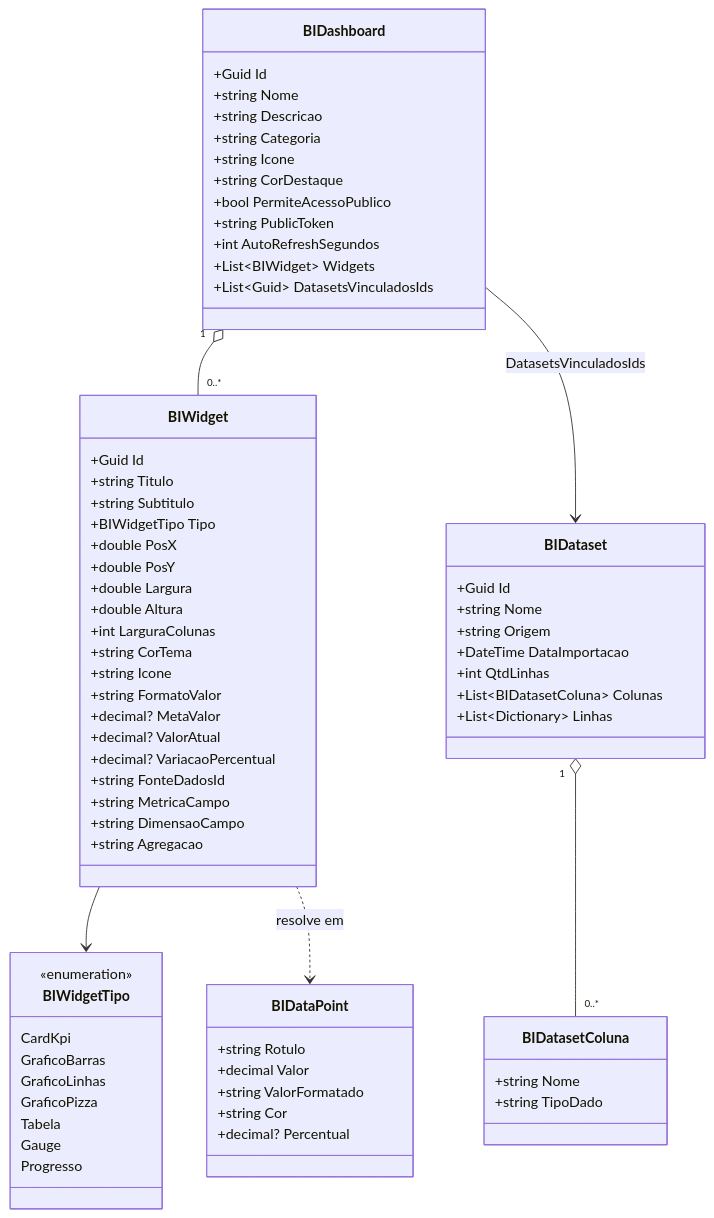
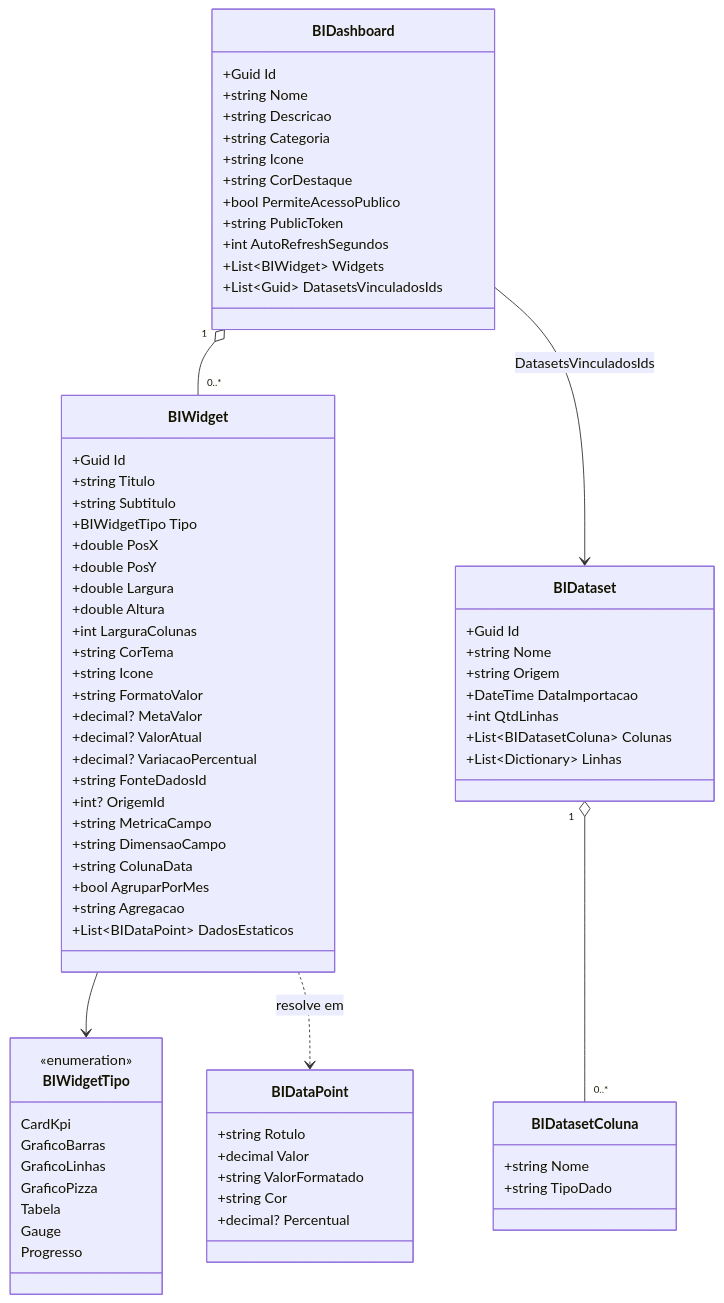
The second of 6 diagrams in docs/ARQUITETURA.md (mrjalves/JT_BI), drawn with Mermaid before and after one commit. The commit also changed other lines of this file and 12 other files, not shown here.

````diff
--- a/docs/ARQUITETURA.md
+++ b/docs/ARQUITETURA.md
@@ -145,78 +158,82 @@
 ```mermaid
 classDiagram
     class BIDashboard {
         +Guid Id
         +string Nome
         +string Descricao
         +string Categoria
         +string Icone
         +string CorDestaque
         +bool PermiteAcessoPublico
         +string PublicToken
         +int AutoRefreshSegundos
         +List~BIWidget~ Widgets
         +List~Guid~ DatasetsVinculadosIds
     }
 
     class BIWidget {
         +Guid Id
         +string Titulo
         +string Subtitulo
         +BIWidgetTipo Tipo
         +double PosX
         +double PosY
         +double Largura
         +double Altura
         +int LarguraColunas
         +string CorTema
         +string Icone
         +string FormatoValor
         +decimal? MetaValor
         +decimal? ValorAtual
         +decimal? VariacaoPercentual
         +string FonteDadosId
+        +int? OrigemId
         +string MetricaCampo
         +string DimensaoCampo
+        +string ColunaData
+        +bool AgruparPorMes
         +string Agregacao
+        +List~BIDataPoint~ DadosEstaticos
     }
 
     class BIDataset {
         +Guid Id
         +string Nome
         +string Origem
         +DateTime DataImportacao
         +int QtdLinhas
         +List~BIDatasetColuna~ Colunas
         +List~Dictionary~ Linhas
     }
 
     class BIDatasetColuna {
         +string Nome
         +string TipoDado
     }
 
     class BIDataPoint {
         +string Rotulo
         +decimal Valor
         +string ValorFormatado
         +string Cor
         +decimal? Percentual
     }
 
     class BIWidgetTipo {
         <<enumeration>>
         CardKpi
         GraficoBarras
         GraficoLinhas
         GraficoPizza
         Tabela
         Gauge
         Progresso
     }
 
     BIDashboard "1" o-- "0..*" BIWidget
     BIDashboard --> BIDataset : DatasetsVinculadosIds
     BIDataset "1" o-- "0..*" BIDatasetColuna
     BIWidget --> BIWidgetTipo
     BIWidget ..> BIDataPoint : resolve em
 ```
````
